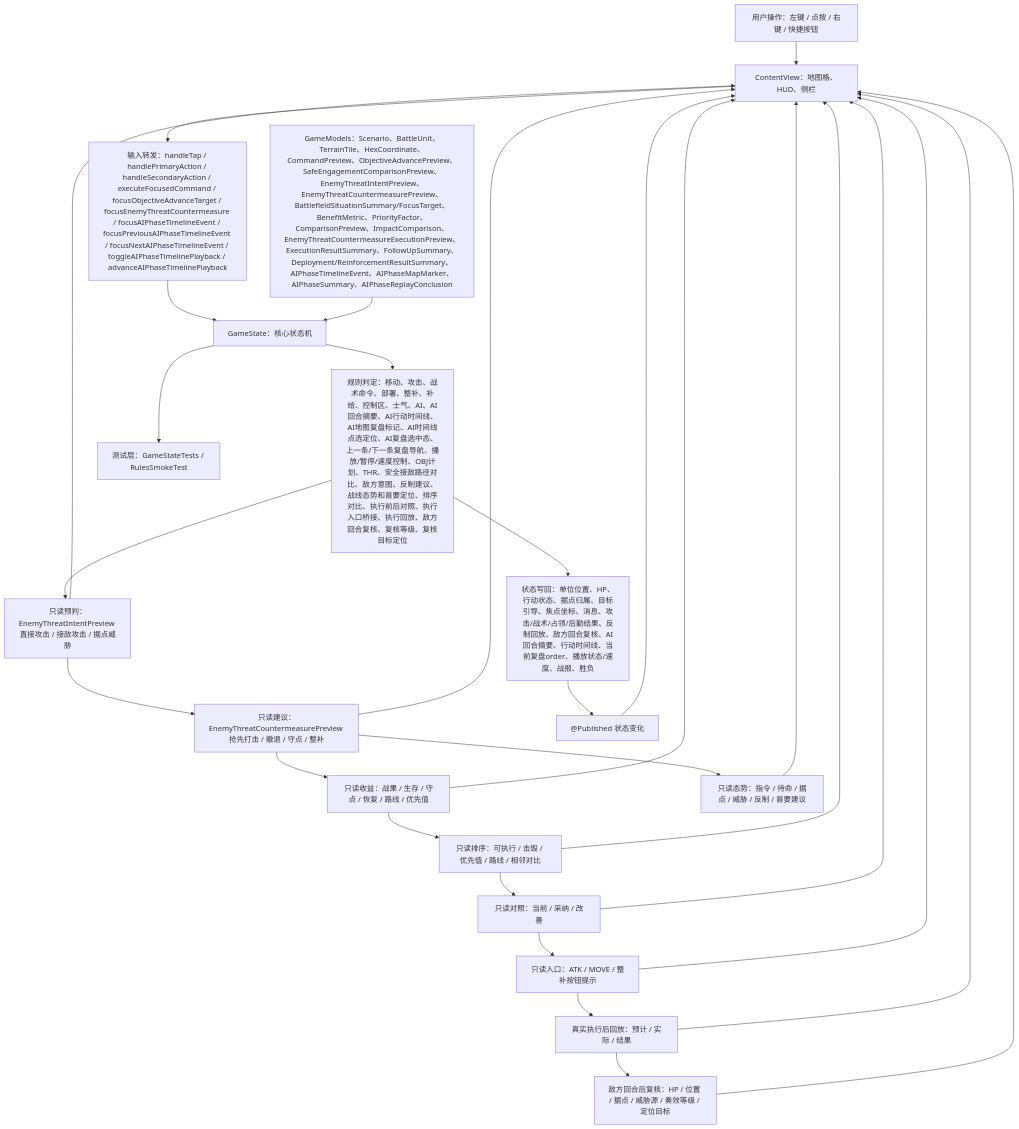
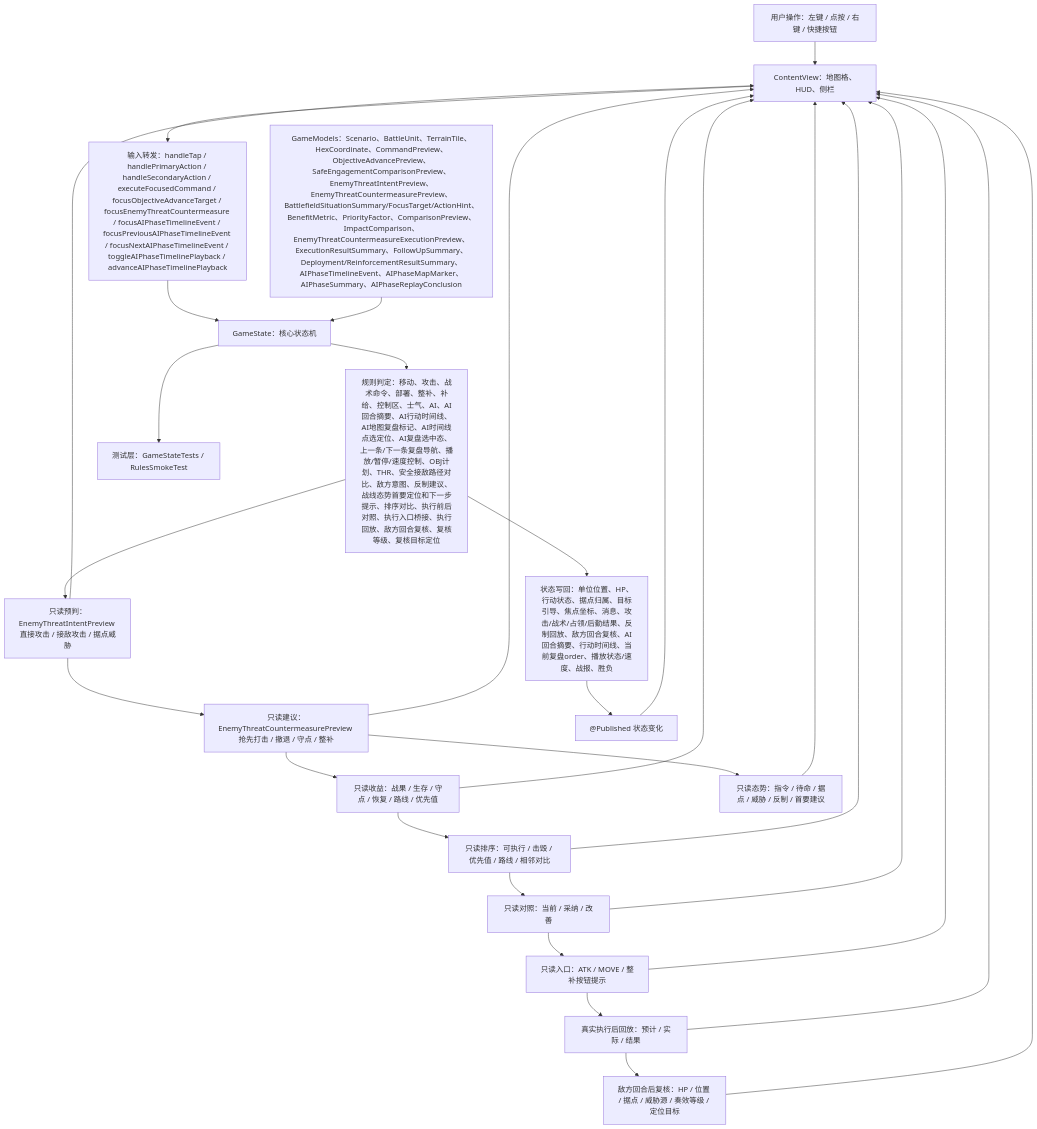
The first of 5 diagrams in md/flow/flowchart.md (Altman-sam114/116), drawn with Mermaid before and after one commit. The commit also changed other lines of this file and 11 other files, not shown here.

````diff
--- a/md/flow/flowchart.md
+++ b/md/flow/flowchart.md
@@ -9,30 +9,30 @@
 ```mermaid
 flowchart TD
   U["用户操作：左键 / 点按 / 右键 / 快捷按钮"] --> V["ContentView：地图格、HUD、侧栏"]
   V --> I["输入转发：handleTap / handlePrimaryAction / handleSecondaryAction / executeFocusedCommand / focusObjectiveAdvanceTarget / focusEnemyThreatCountermeasure / focusAIPhaseTimelineEvent / focusPreviousAIPhaseTimelineEvent / focusNextAIPhaseTimelineEvent / toggleAIPhaseTimelinePlayback / advanceAIPhaseTimelinePlayback"]
   I --> S["GameState：核心状态机"]
-  M["GameModels：Scenario、BattleUnit、TerrainTile、HexCoordinate、CommandPreview、ObjectiveAdvancePreview、SafeEngagementComparisonPreview、EnemyThreatIntentPreview、EnemyThreatCountermeasurePreview、BattlefieldSituationSummary/FocusTarget、BenefitMetric、PriorityFactor、ComparisonPreview、ImpactComparison、EnemyThreatCountermeasureExecutionPreview、ExecutionResultSummary、FollowUpSummary、Deployment/ReinforcementResultSummary、AIPhaseTimelineEvent、AIPhaseMapMarker、AIPhaseSummary、AIPhaseReplayConclusion"] --> S
-  S --> R["规则判定：移动、攻击、战术命令、部署、整补、补给、控制区、士气、AI、AI回合摘要、AI行动时间线、AI地图复盘标记、AI时间线点选定位、AI复盘选中态、上一条/下一条复盘导航、播放/暂停/速度控制、OBJ计划、THR、安全接敌路径对比、敌方意图、反制建议、战线态势和首要定位、排序对比、执行前后对照、执行入口桥接、执行回放、敌方回合复核、复核等级、复核目标定位"]
+  M["GameModels：Scenario、BattleUnit、TerrainTile、HexCoordinate、CommandPreview、ObjectiveAdvancePreview、SafeEngagementComparisonPreview、EnemyThreatIntentPreview、EnemyThreatCountermeasurePreview、BattlefieldSituationSummary/FocusTarget/ActionHint、BenefitMetric、PriorityFactor、ComparisonPreview、ImpactComparison、EnemyThreatCountermeasureExecutionPreview、ExecutionResultSummary、FollowUpSummary、Deployment/ReinforcementResultSummary、AIPhaseTimelineEvent、AIPhaseMapMarker、AIPhaseSummary、AIPhaseReplayConclusion"] --> S
+  S --> R["规则判定：移动、攻击、战术命令、部署、整补、补给、控制区、士气、AI、AI回合摘要、AI行动时间线、AI地图复盘标记、AI时间线点选定位、AI复盘选中态、上一条/下一条复盘导航、播放/暂停/速度控制、OBJ计划、THR、安全接敌路径对比、敌方意图、反制建议、战线态势首要定位和下一步提示、排序对比、执行前后对照、执行入口桥接、执行回放、敌方回合复核、复核等级、复核目标定位"]
   R --> W["状态写回：单位位置、HP、行动状态、据点归属、目标引导、焦点坐标、消息、攻击/战术/占领/后勤结果、反制回放、敌方回合复核、AI回合摘要、行动时间线、当前复盘order、播放状态/速度、战报、胜负"]
   R --> EI["只读预判：EnemyThreatIntentPreview 直接攻击 / 接敌攻击 / 据点威胁"]
   EI --> EC["只读建议：EnemyThreatCountermeasurePreview 抢先打击 / 撤退 / 守点 / 整补"]
   EC --> BM["只读收益：战果 / 生存 / 守点 / 恢复 / 路线 / 优先值"]
   BM --> PC["只读排序：可执行 / 击毁 / 优先值 / 路线 / 相邻对比"]
   PC --> IP["只读对照：当前 / 采纳 / 改善"]
   IP --> EB["只读入口：ATK / MOVE / 整补按钮提示"]
   EC --> BS["只读态势：指令 / 待命 / 据点 / 威胁 / 反制 / 首要建议"]
   EB --> XR["真实执行后回放：预计 / 实际 / 结果"]
   XR --> FV["敌方回合后复核：HP / 位置 / 据点 / 威胁源 / 奏效等级 / 定位目标"]
   W --> P["@Published 状态变化"]
   P --> V
   EI --> V
   EC --> V
   BS --> V
   BM --> V
   PC --> V
   IP --> V
   EB --> V
   XR --> V
   FV --> V
   S --> T["测试层：GameStateTests / RulesSmokeTest"]
 ```
````
